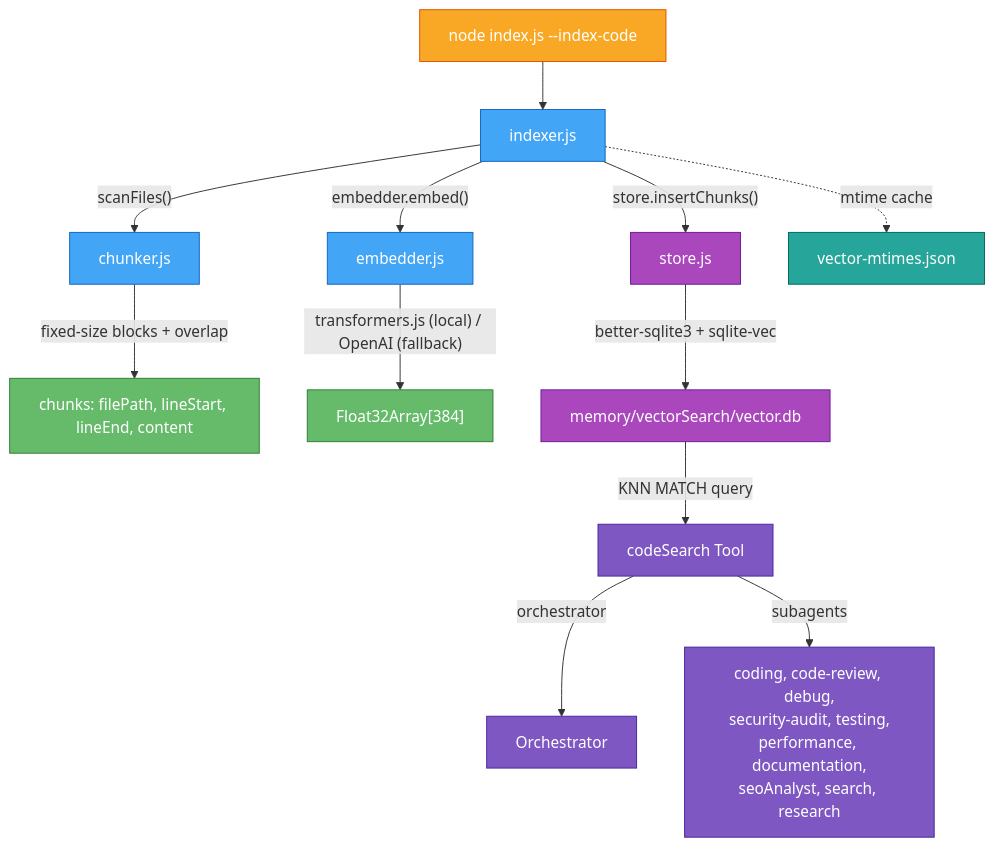
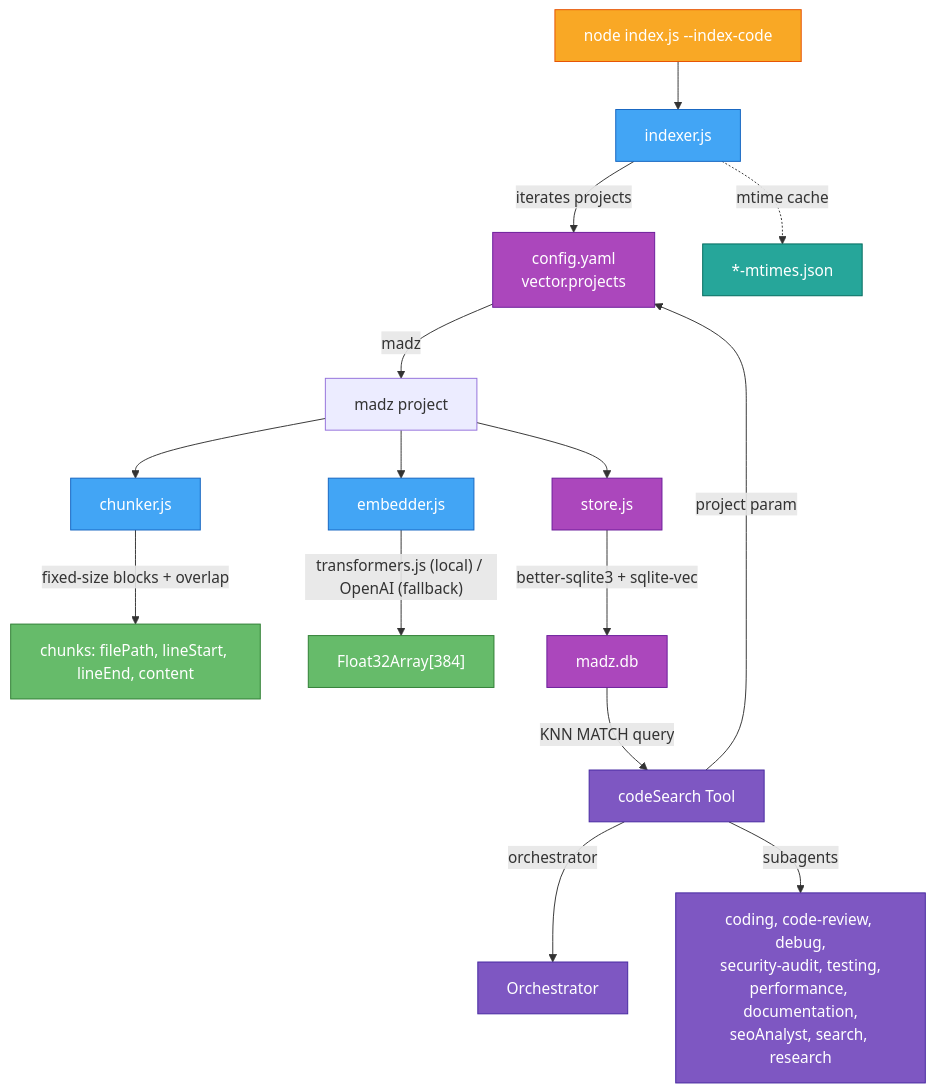
One commit to avoidwork/madz changed the diagram in docs/VECTOR_SEARCH.md. Above: the diagram before and after it, drawn with Mermaid. The commit also changed other lines of this file, not shown here.

Commit message:
docs: update VECTOR_SEARCH.md for multi-project config model

````diff
--- a/docs/VECTOR_SEARCH.md
+++ b/docs/VECTOR_SEARCH.md
@@ -7,30 +7,33 @@
 ```mermaid
 graph TD
     CLI["node index.js --index-code"] --> IND["indexer.js"]
-    IND -->|"scanFiles()"| CHK["chunker.js"]
-    IND -->|"embedder.embed()"| EMB["embedder.js"]
-    IND -->|"store.insertChunks()"| STO["store.js"]
-    IND -.->|"mtime cache"| MTC["vector-mtimes.json"]
+    IND -->|"iterates projects"| CFG["config.yaml<br/>vector.projects"]
+    CFG -->|"madz"| MADZ["madz project"]
+    MADZ --> CHK["chunker.js"]
+    MADZ --> EMB["embedder.js"]
+    MADZ --> STO["store.js"]
+    IND -.->|"mtime cache"| MTC["*-mtimes.json"]
 
     CHK -->|"fixed-size blocks + overlap"| CHK_OUT["chunks: filePath, lineStart, lineEnd, content"]
     EMB -->|"transformers.js (local) / OpenAI (fallback)"| EMB_OUT["Float32Array[384]"]
-    STO -->|"better-sqlite3 + sqlite-vec"| DB["memory/vectorSearch/vector.db"]
+    STO -->|"better-sqlite3 + sqlite-vec"| DB["madz.db"]
 
     DB -->|"KNN MATCH query"| CST["codeSearch Tool"]
+    CST -->|"project param"| CFG
     CST -->|"orchestrator"| ORC["Orchestrator"]
     CST -->|"subagents"| SAG["coding, code-review, debug,<br/>security-audit, testing,<br/>performance, documentation,<br/>seoAnalyst, search, research"]
 
     classDef cli fill:#f9a825,color:#fff,stroke:#e65100
     classDef core fill:#42a5f5,color:#fff,stroke:#1565c0
     classDef util fill:#66bb6a,color:#fff,stroke:#2e7d32
     classDef store fill:#ab47bc,color:#fff,stroke:#6a1b9a
     classDef cache fill:#26a69a,color:#fff,stroke:#00695c
     classDef tool fill:#7e57c2,color:#fff,stroke:#4527a0
 
     class CLI cli
     class IND,CHK,EMB core
     class CHK_OUT,EMB_OUT util
-    class STO,DB store
+    class STO,DB,CFG store
     class MTC cache
     class CST,ORC,SAG tool
 ```
````
